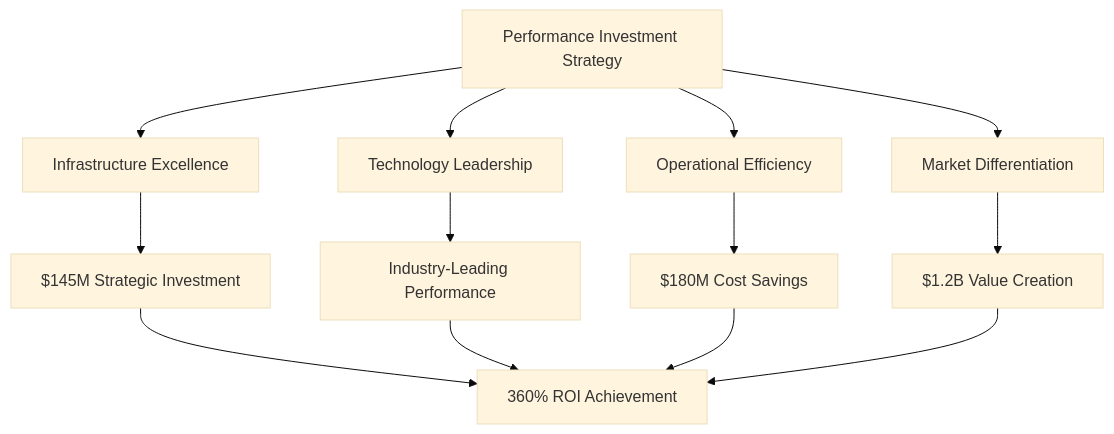
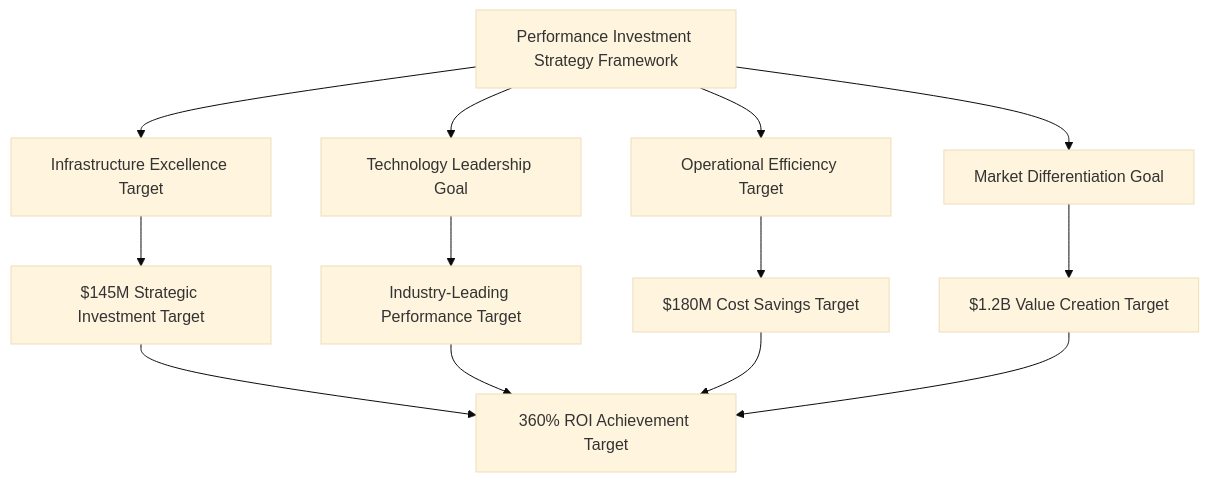
The third of 4 diagrams in chapters/10-performance-optimization.md (mydr24/book), drawn with Mermaid (base theme) before and after one commit. The commit also changed other lines of this file and 15 other files, not shown here.

````diff
--- a/chapters/10-performance-optimization.md
+++ b/chapters/10-performance-optimization.md
@@ -308,17 +310,17 @@
 ```mermaid
 graph TD
-    A[Performance Investment Strategy] --> B[Infrastructure Excellence]
-    A --> C[Technology Leadership]
-    A --> D[Operational Efficiency]
-    A --> E[Market Differentiation]
+    A[Performance Investment Strategy Framework] --> B[Infrastructure Excellence Target]
+    A --> C[Technology Leadership Goal]
+    A --> D[Operational Efficiency Target]
+    A --> E[Market Differentiation Goal]
     
-    B --> F[$145M Strategic Investment]
-    C --> G[Industry-Leading Performance]
-    D --> H[$180M Cost Savings]
-    E --> I[$1.2B Value Creation]
+    B --> F[$145M Strategic Investment Target]
+    C --> G[Industry-Leading Performance Target]
+    D --> H[$180M Cost Savings Target]
+    E --> I[$1.2B Value Creation Target]
     
-    F --> J[360% ROI Achievement]
+    F --> J[360% ROI Achievement Target]
     G --> J
     H --> J
     I --> J
 ```
````
